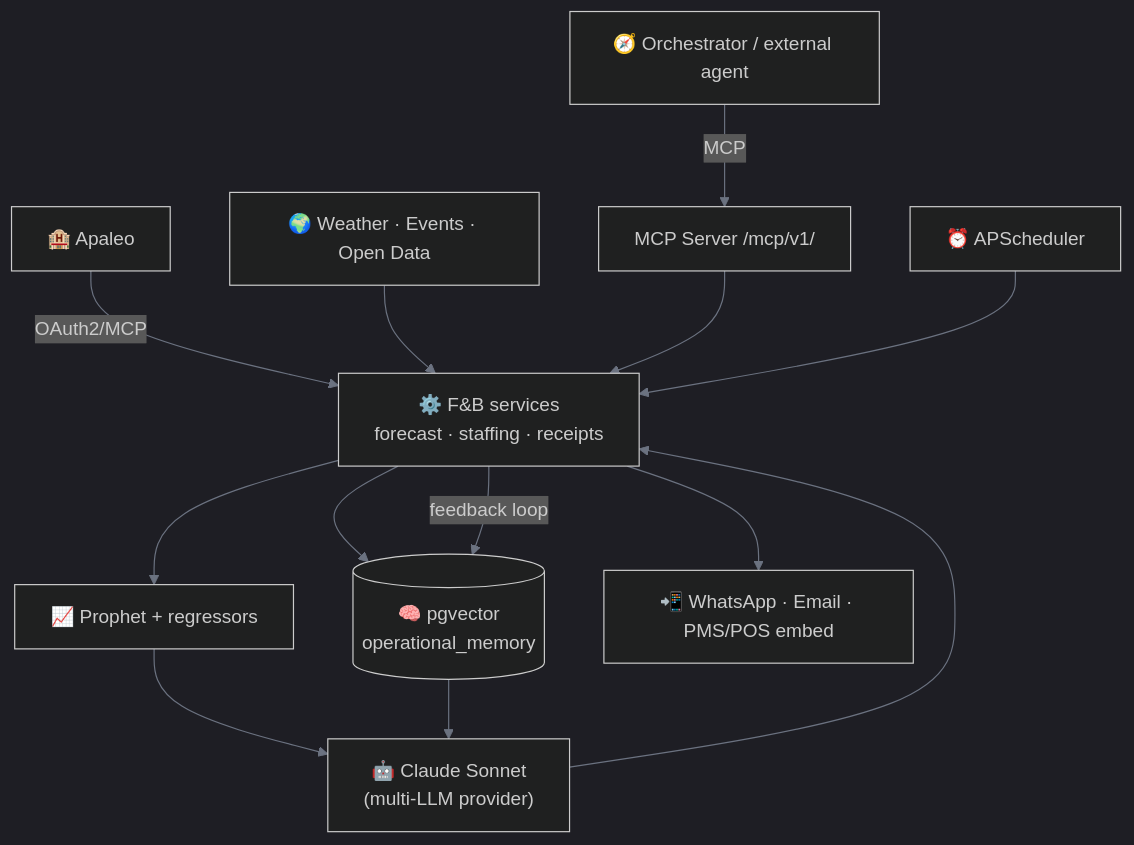
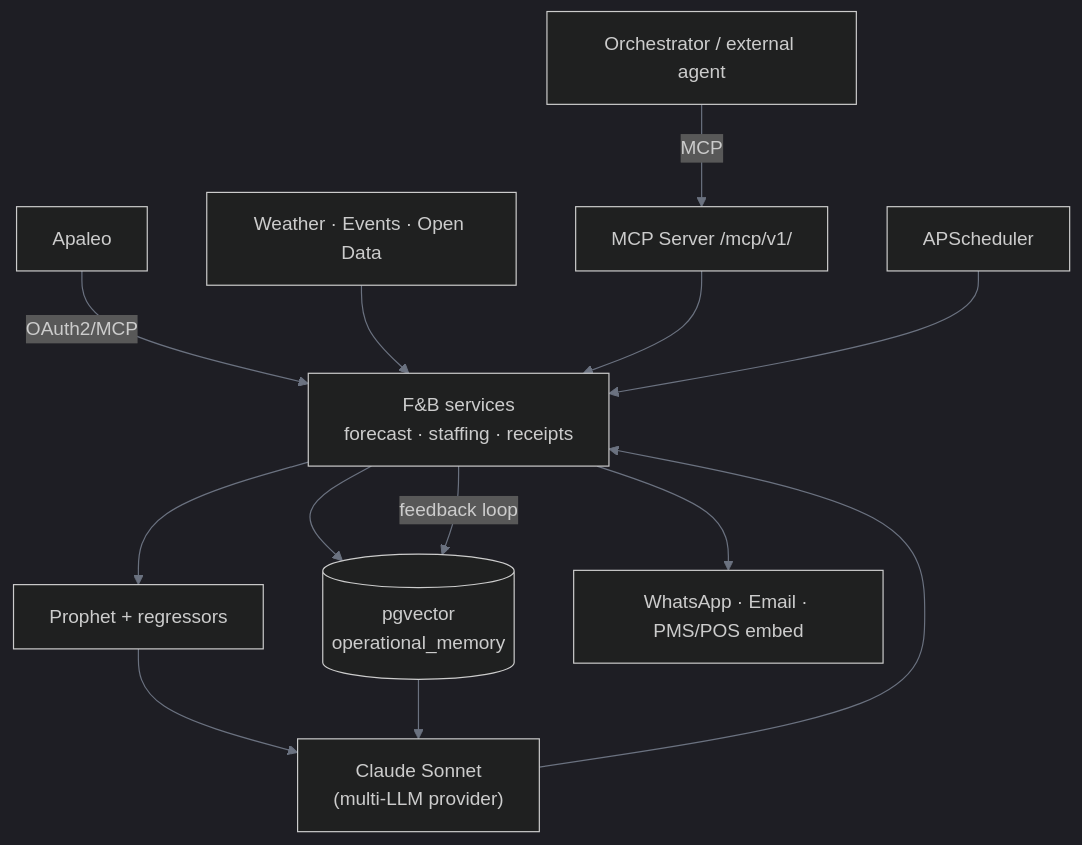
Before and after one commit to IvandeMurard/aetherix-hospitality-ai: the second of 2 diagrams in README.md, drawn with Mermaid. The commit also changed other lines of this file, not shown here.

````diff
--- a/README.md
+++ b/README.md
@@ -158,16 +158,16 @@
 ```mermaid
 %%{init: {'theme':'dark','themeVariables':{'lineColor':'#6b7280'}}}%%
 flowchart TD
-    ORCH["🧭 Orchestrator / external agent"] -- MCP --> MCPIN["MCP Server /mcp/v1/"]
-    PMS["🏨 Apaleo"] -- OAuth2/MCP --> SVC
-    EXT["🌍 Weather · Events · Open Data"] --> SVC
-    MCPIN --> SVC["⚙️ F&B services\nforecast · staffing · receipts"]
-    SCHED["⏰ APScheduler"] --> SVC
-    SVC --> PROPHET["📈 Prophet + regressors"]
-    SVC --> VEC[("🧠 pgvector\noperational_memory")]
-    PROPHET --> LLM["🤖 Claude Sonnet\n(multi-LLM provider)"]
+    ORCH[" Orchestrator / external agent"] -- MCP --> MCPIN["MCP Server /mcp/v1/"]
+    PMS[" Apaleo"] -- OAuth2/MCP --> SVC
+    EXT[" Weather · Events · Open Data"] --> SVC
+    MCPIN --> SVC[" F&B services\nforecast · staffing · receipts"]
+    SCHED[" APScheduler"] --> SVC
+    SVC --> PROPHET[" Prophet + regressors"]
+    SVC --> VEC[(" pgvector\noperational_memory")]
+    PROPHET --> LLM[" Claude Sonnet\n(multi-LLM provider)"]
     VEC --> LLM
     LLM --> SVC
-    SVC --> OUT["📲 WhatsApp · Email · PMS/POS embed"]
+    SVC --> OUT[" WhatsApp · Email · PMS/POS embed"]
     SVC -- "feedback loop" --> VEC
 ```
````
